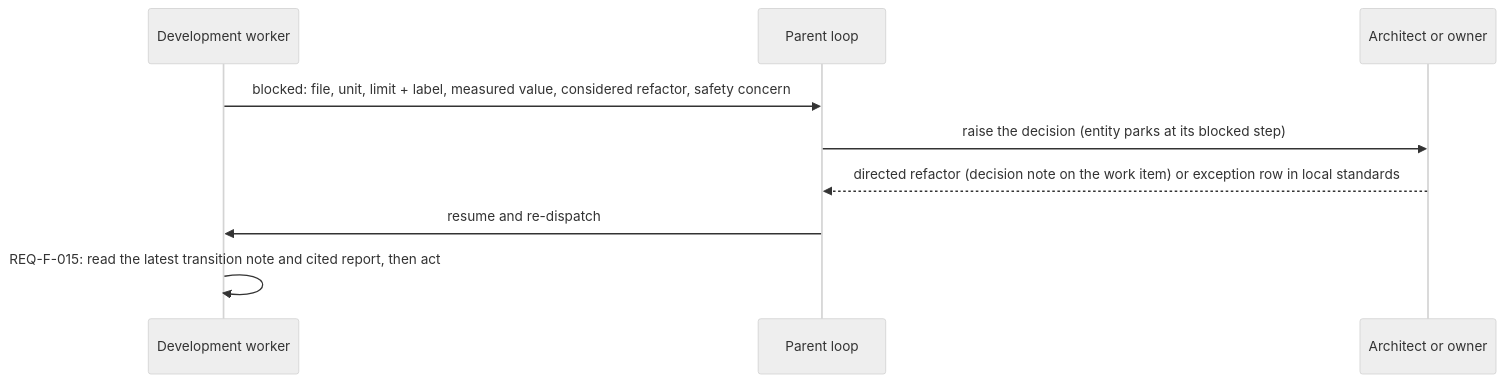
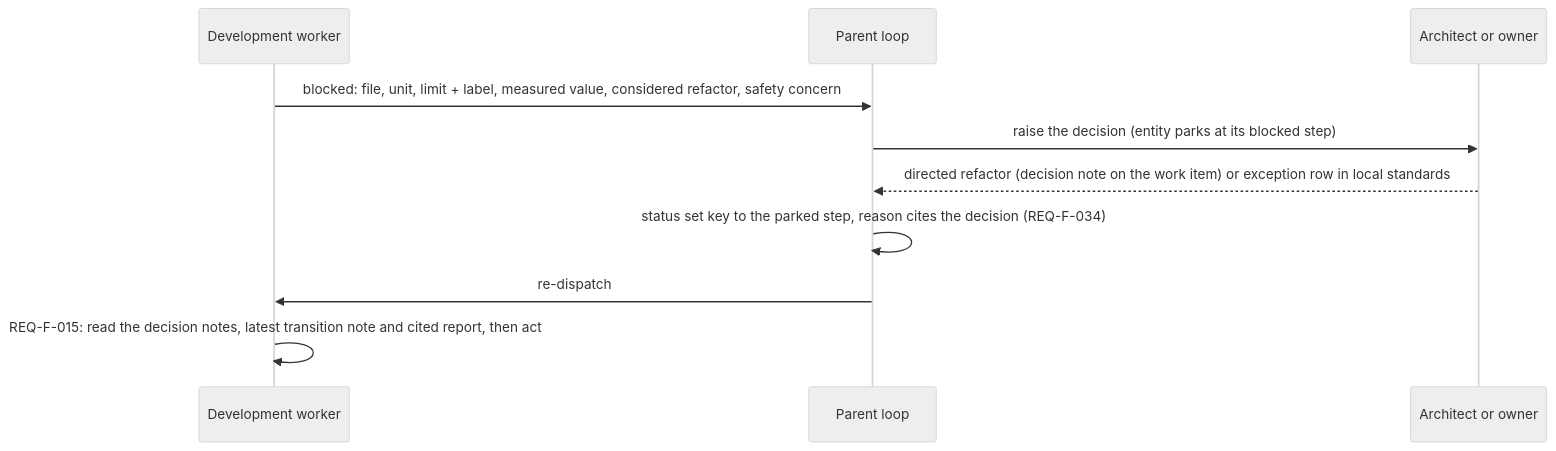
One commit to jwwelbor/shark-task-manager changed the first of 2 diagrams in docs/plan/E31-claude-workflow-optimization/E31-F01-shift-quality-left-into-development/spec.md. Above: the diagram before and after it, drawn with Mermaid (neutral theme). The commit also changed other lines of this file, not shown here.

````diff
--- a/docs/plan/E31-claude-workflow-optimization/E31-F01-shift-quality-left-into-development/spec.md
+++ b/docs/plan/E31-claude-workflow-optimization/E31-F01-shift-quality-left-into-development/spec.md
@@ -350,11 +362,12 @@
 ```mermaid
 sequenceDiagram
   participant W as Development worker
   participant P as Parent loop
   participant A as Architect or owner
   W->>P: blocked: file, unit, limit + label, measured value, considered refactor, safety concern
   P->>A: raise the decision (entity parks at its blocked step)
   A-->>P: directed refactor (decision note on the work item) or exception row in local standards
-  P->>W: resume and re-dispatch
-  W->>W: REQ-F-015: read the latest transition note and cited report, then act
+  P->>P: status set key to the parked step, reason cites the decision (REQ-F-034)
+  P->>W: re-dispatch
+  W->>W: REQ-F-015: read the decision notes, latest transition note and cited report, then act
 ```
````
